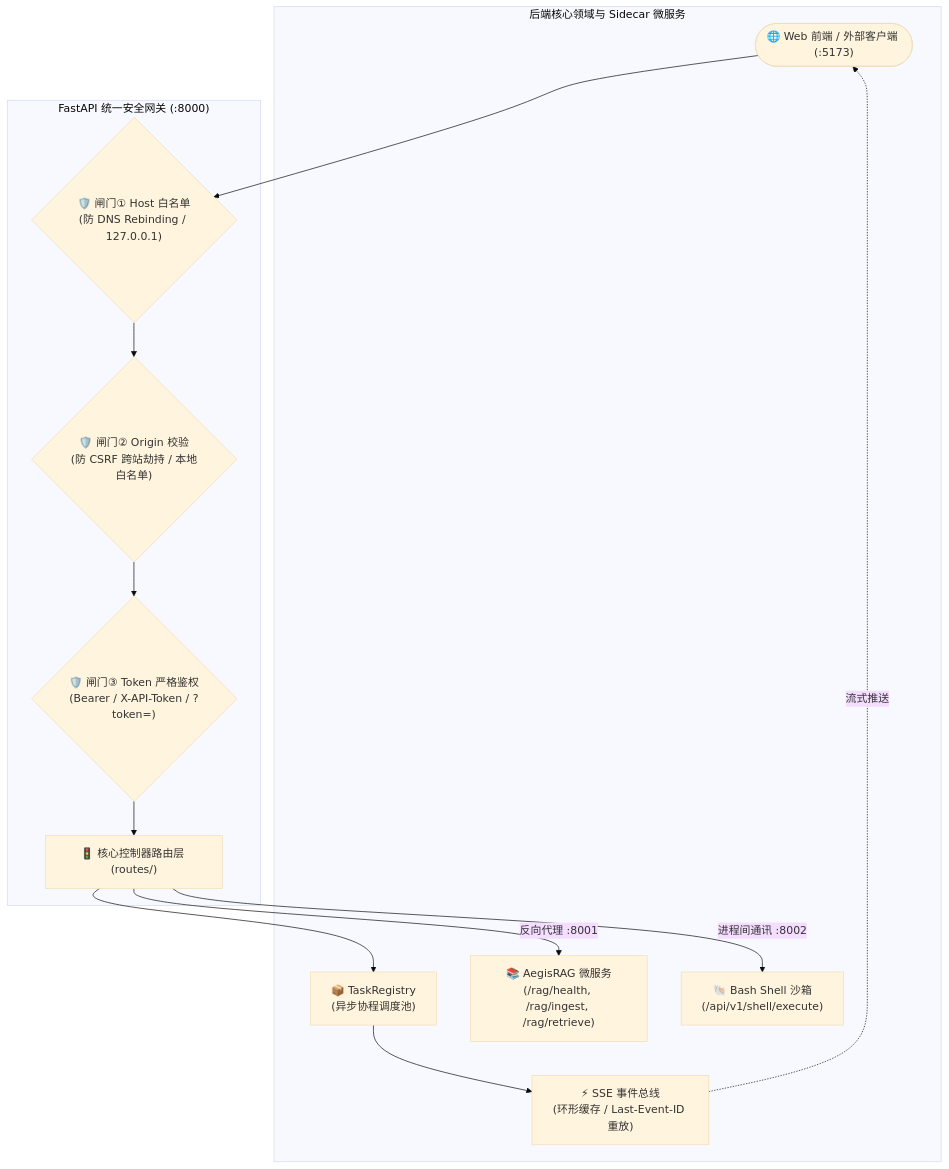
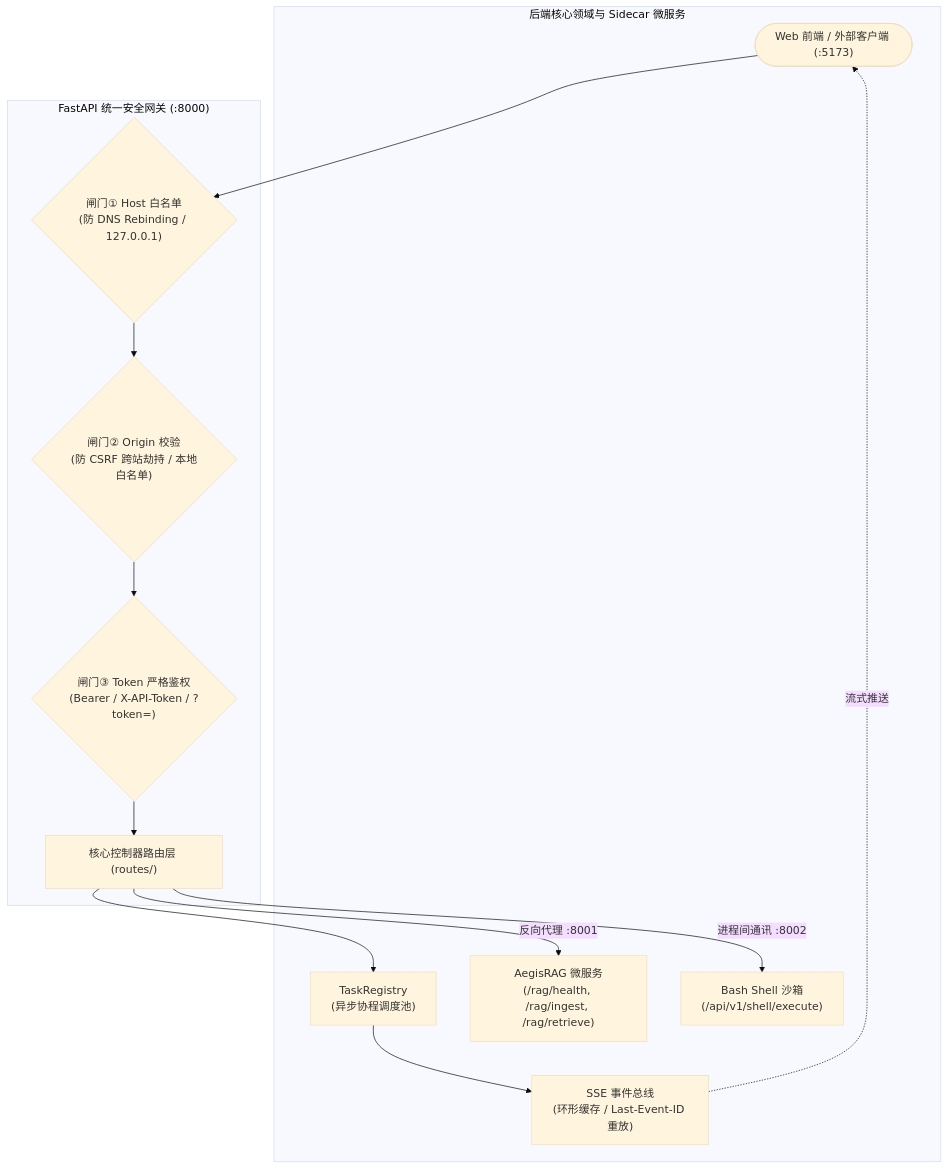
Before and after one commit to MakinoharaShokosans/Aegis: the diagram in documents/01_项目架构/05_服务通信与网关契约架构.md, drawn with Mermaid (base theme). The commit also changed 97 other files, not shown here.

````diff
--- a/documents/01_项目架构/05_服务通信与网关契约架构.md
+++ b/documents/01_项目架构/05_服务通信与网关契约架构.md
@@ -14,23 +14,23 @@
 ```mermaid
 flowchart TD
-    Client(["🌐 Web 前端 / 外部客户端 (:5173)"]) 
-    
+    Client([" Web 前端 / 外部客户端 (:5173)"])
+
     subgraph GatewayBoundary ["FastAPI 统一安全网关 (:8000)"]
-        Gate1{"🛡️ 闸门① Host 白名单\n(防 DNS Rebinding / 127.0.0.1)"}
-        Gate2{"🛡️ 闸门② Origin 校验\n(防 CSRF 跨站劫持 / 本地白名单)"}
-        Gate3{"🛡️ 闸门③ Token 严格鉴权\n(Bearer / X-API-Token / ?token=)"}
-        
-        Router["🚦 核心控制器路由层 (routes/)"]
+        Gate1{" 闸门① Host 白名单\n(防 DNS Rebinding / 127.0.0.1)"}
+        Gate2{" 闸门② Origin 校验\n(防 CSRF 跨站劫持 / 本地白名单)"}
+        Gate3{" 闸门③ Token 严格鉴权\n(Bearer / X-API-Token / ?token=)"}
+
+        Router[" 核心控制器路由层 (routes/)"]
     end
 
     Client --> Gate1 --> Gate2 --> Gate3 --> Router
 
     subgraph InternalServices ["后端核心领域与 Sidecar 微服务"]
-        Router --> Tasks["📦 TaskRegistry\n(异步协程调度池)"]
-        Tasks --> SSEStream["⚡ SSE 事件总线\n(环形缓存 / Last-Event-ID 重放)"]
+        Router --> Tasks[" TaskRegistry\n(异步协程调度池)"]
+        Tasks --> SSEStream[" SSE 事件总线\n(环形缓存 / Last-Event-ID 重放)"]
         SSEStream -.->|流式推送| Client
 
-        Router -->|反向代理 :8001| RAGService["📚 AegisRAG 微服务\n(/rag/health, /rag/ingest, /rag/retrieve)"]
-        Router -->|进程间通讯 :8002| ShellService["🐚 Bash Shell 沙箱\n(/api/v1/shell/execute)"]
+        Router -->|反向代理 :8001| RAGService[" AegisRAG 微服务\n(/rag/health, /rag/ingest, /rag/retrieve)"]
+        Router -->|进程间通讯 :8002| ShellService[" Bash Shell 沙箱\n(/api/v1/shell/execute)"]
     end
 ```
````
